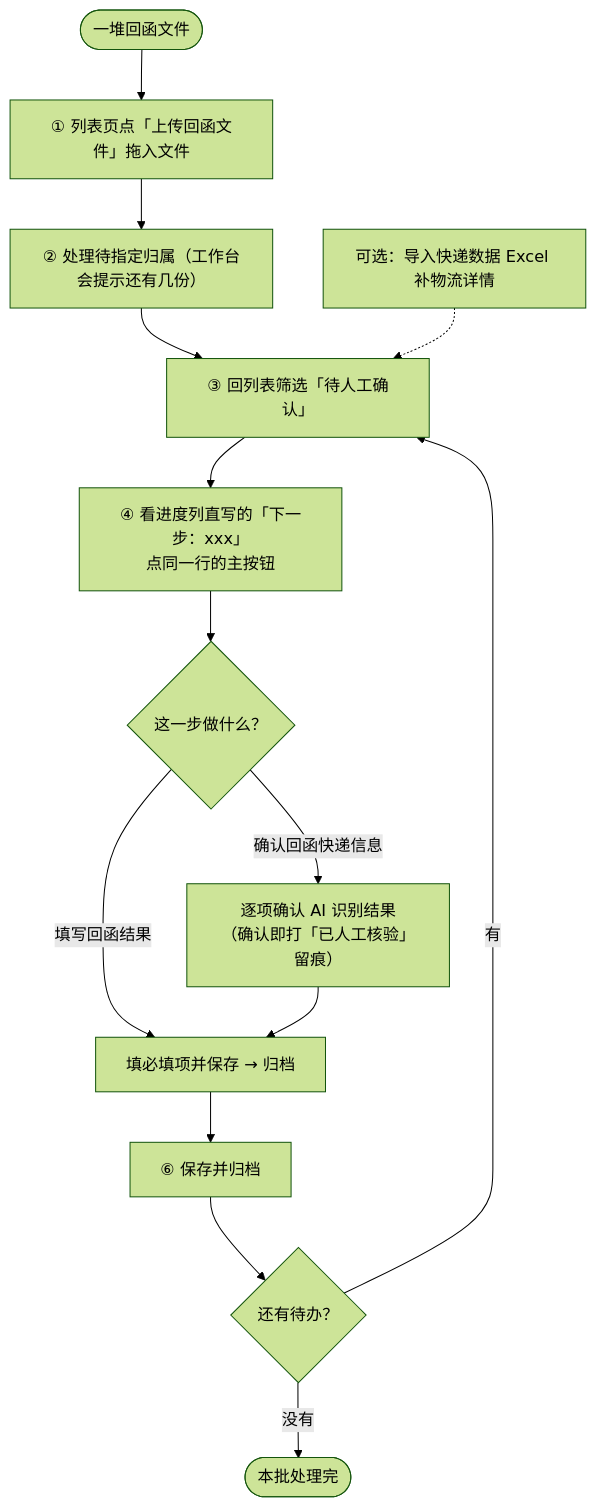
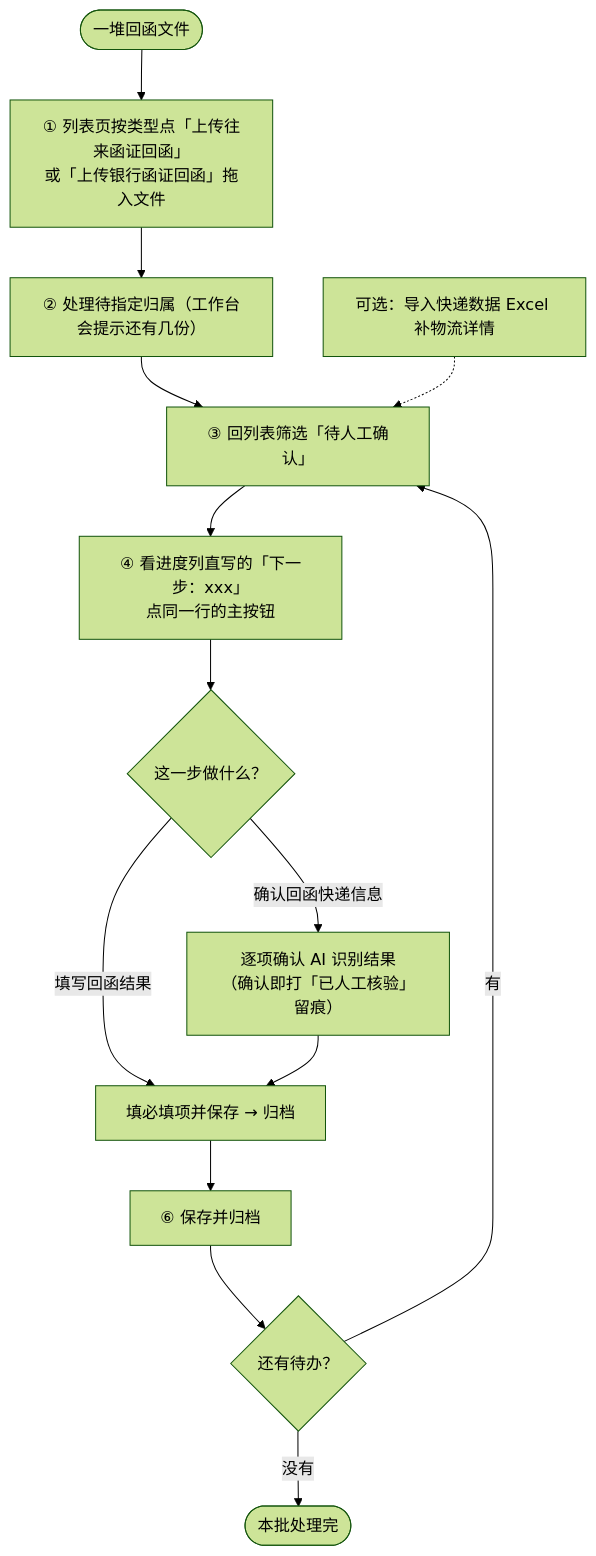
Before and after one commit to ADdongdong/01_Smart-Reply-Management: the third of 3 diagrams in docs/需求文档.md, drawn with Mermaid (forest theme). The commit also changed other lines of this file and 18 other files, not shown here.

````diff
--- a/docs/需求文档.md
+++ b/docs/需求文档.md
@@ -240,17 +244,17 @@
 ```mermaid
 flowchart TB
-    START(["一堆回函文件"]) --> OP1["① 列表页点「上传回函文件」拖入文件"]
+    START(["一堆回函文件"]) --> OP1["① 列表页按类型点「上传往来函证回函」<br/>或「上传银行函证回函」拖入文件"]
     OP1 --> OP2["② 处理待指定归属（工作台会提示还有几份）"]
     OP2 --> OP3["③ 回列表筛选「待人工确认」"]
     OP3 --> OP4["④ 看进度列直写的「下一步：xxx」<br/>点同一行的主按钮"]
     OP4 --> OP5{"这一步做什么？"}
     OP5 -->|"确认回函快递信息"| OP6["逐项确认 AI 识别结果<br/>（确认即打「已人工核验」留痕）"]
     OP5 -->|"填写回函结果"| OP7["填必填项并保存 → 归档"]
     OP6 --> OP7
     OP7 --> OP8["⑥ 保存并归档"]
     OP8 --> OP9{"还有待办？"}
     OP9 -->|"有"| OP3
     OP9 -->|"没有"| DONE(["本批处理完"])
     OPX["可选：导入快递数据 Excel 补物流详情"]
     OPX -.-> OP3
 ```
````
